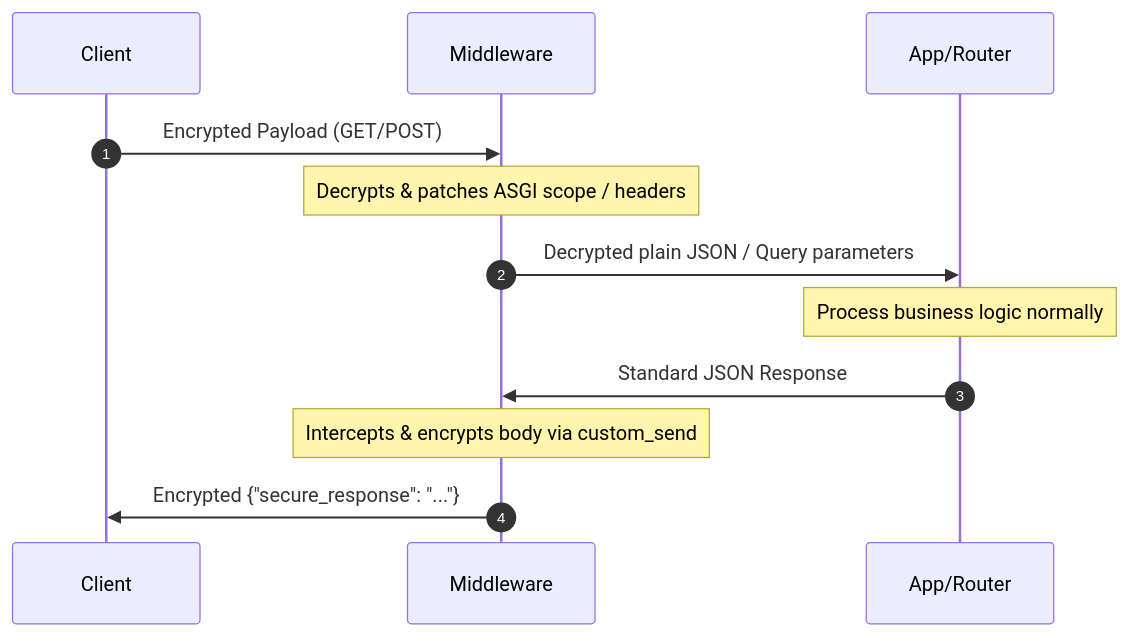
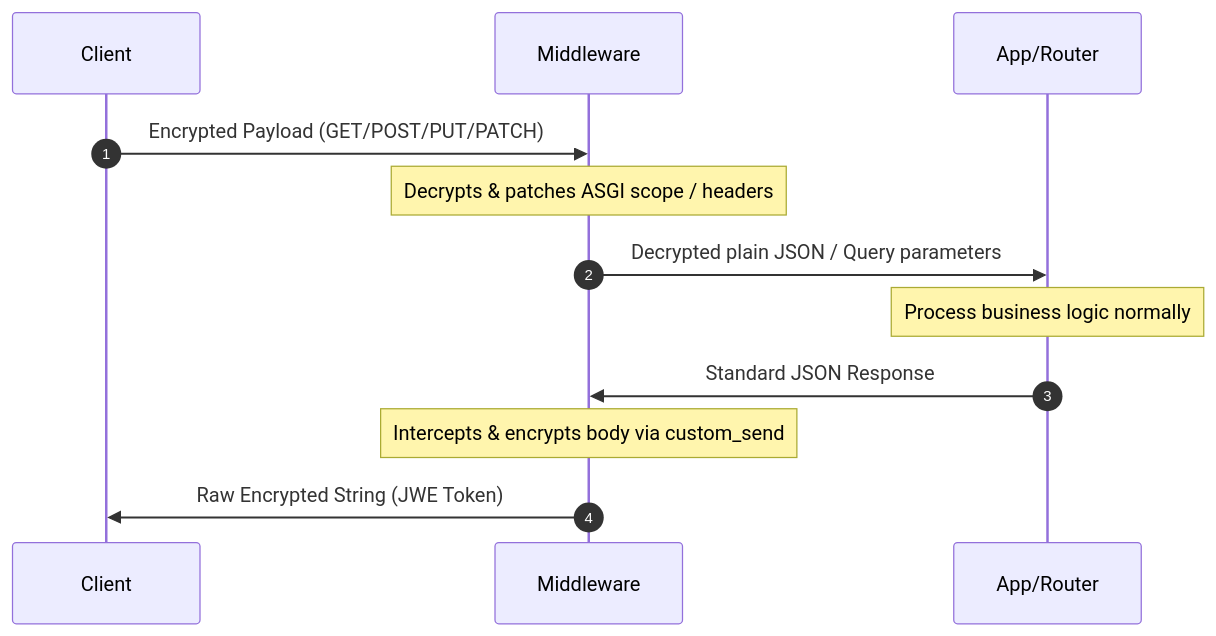
One commit to SrihariVattem-Dev/mle_core- changed the diagram in README.md. Above: the diagram before and after it, drawn with Mermaid. The commit also changed other lines of this file and 7 other files, not shown here.

````diff
--- a/README.md
+++ b/README.md
@@ -108,11 +108,11 @@
 ```mermaid
 sequenceDiagram
     autonumber
-    Client->>Middleware: Encrypted Payload (GET/POST)
+    Client->>Middleware: Encrypted Payload (GET/POST/PUT/PATCH)
     Note over Middleware: Decrypts & patches ASGI scope / headers
     Middleware->>App/Router: Decrypted plain JSON / Query parameters
     Note over App/Router: Process business logic normally
     App/Router->>Middleware: Standard JSON Response
     Note over Middleware: Intercepts & encrypts body via custom_send
-    Middleware->>Client: Encrypted {"secure_response": "..."}
+    Middleware->>Client: Raw Encrypted String (JWE Token)
 ```
````
